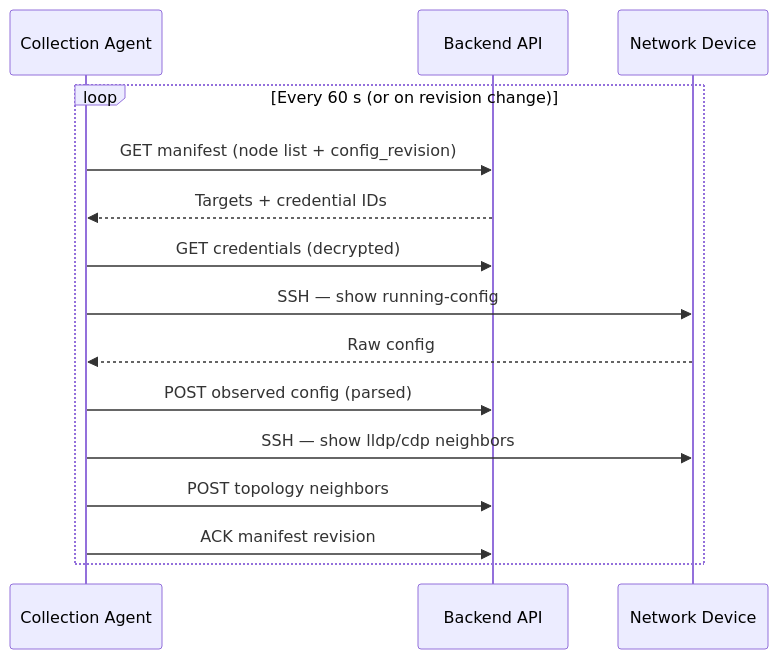
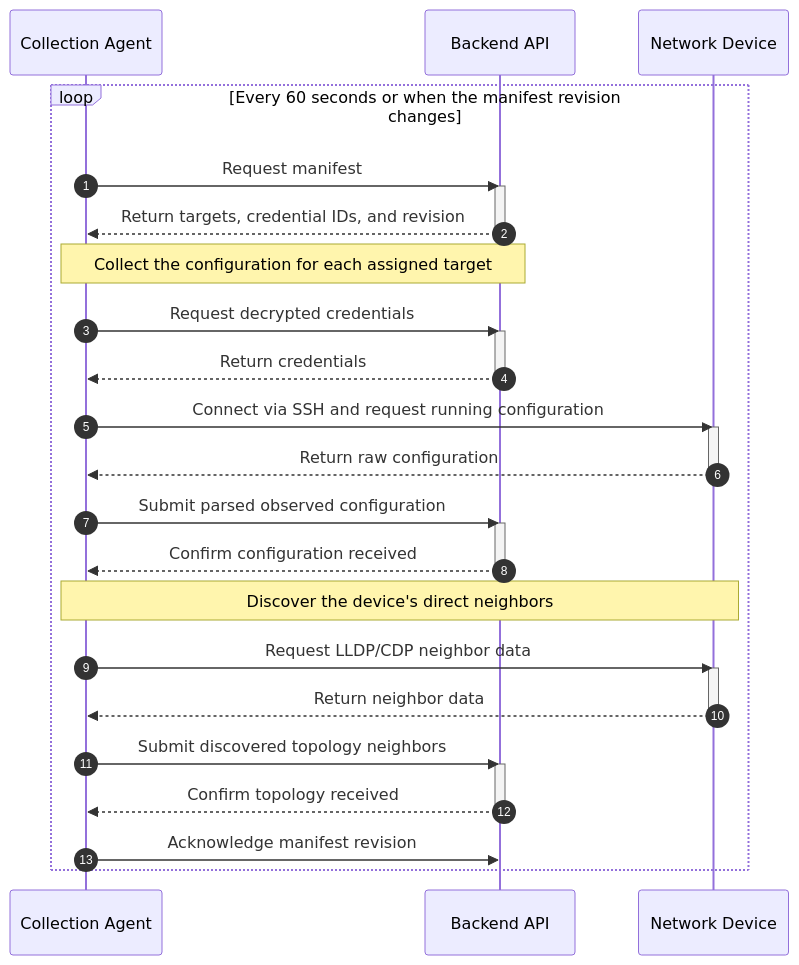
The first of 3 diagrams in docs/components/agents.md (acex-labs/acex), drawn with Mermaid before and after one commit.

Commit message:
docs: improve collection agent sequence diagram

````diff
--- a/docs/components/agents.md
+++ b/docs/components/agents.md
@@ -9,18 +9,43 @@
 ```mermaid
 sequenceDiagram
+    autonumber
     participant CA as Collection Agent
     participant BE as Backend API
     participant DEV as Network Device
 
-    loop Every 60 s (or on revision change)
-        CA->>BE: GET manifest (node list + config_revision)
-        BE-->>CA: Targets + credential IDs
-        CA->>BE: GET credentials (decrypted)
-        CA->>DEV: SSH — show running-config
-        DEV-->>CA: Raw config
-        CA->>BE: POST observed config (parsed)
-        CA->>DEV: SSH — show lldp/cdp neighbors
-        CA->>BE: POST topology neighbors
-        CA->>BE: ACK manifest revision
+    loop Every 60 seconds or when the manifest revision changes
+        CA->>BE: Request manifest
+        activate BE
+        BE-->>CA: Return targets, credential IDs, and revision
+        deactivate BE
+
+        Note over CA,BE: Collect the configuration for each assigned target
+        CA->>BE: Request decrypted credentials
+        activate BE
+        BE-->>CA: Return credentials
+        deactivate BE
+
+        CA->>DEV: Connect via SSH and request running configuration
+        activate DEV
+        DEV-->>CA: Return raw configuration
+        deactivate DEV
+
+        CA->>BE: Submit parsed observed configuration
+        activate BE
+        BE-->>CA: Confirm configuration received
+        deactivate BE
+
+        Note over CA,DEV: Discover the device's direct neighbors
+        CA->>DEV: Request LLDP/CDP neighbor data
+        activate DEV
+        DEV-->>CA: Return neighbor data
+        deactivate DEV
+
+        CA->>BE: Submit discovered topology neighbors
+        activate BE
+        BE-->>CA: Confirm topology received
+        deactivate BE
+
+        CA->>BE: Acknowledge manifest revision
     end
 ```
````
